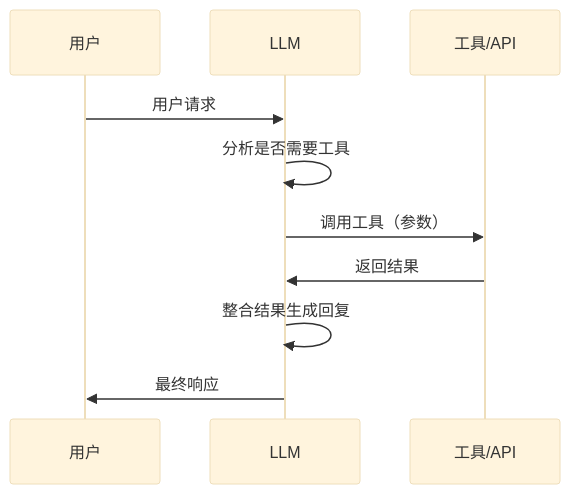
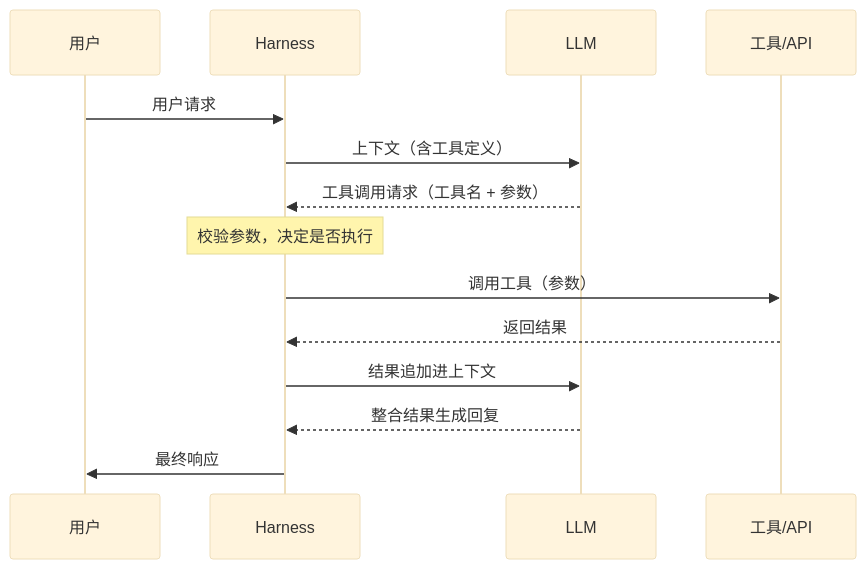
Before and after one commit to yeasy/ai_security_guide: the first of 5 diagrams in 12_agent_attack_surface/12.1_tool_security.md, drawn with Mermaid (base theme). The commit also changed other lines of this file and 29 other files, not shown here.

````diff
--- a/12_agent_attack_surface/12.1_tool_security.md
+++ b/12_agent_attack_surface/12.1_tool_security.md
@@ -10,13 +10,17 @@
 ```mermaid
 sequenceDiagram
     participant U as 用户
+    participant H as Harness
     participant L as LLM
     participant T as 工具/API
 
-    U->>L: 用户请求
-    L->>L: 分析是否需要工具
-    L->>T: 调用工具（参数）
-    T->>L: 返回结果
-    L->>L: 整合结果生成回复
-    L->>U: 最终响应
+    U->>H: 用户请求
+    H->>L: 上下文（含工具定义）
+    L-->>H: 工具调用请求（工具名 + 参数）
+    Note over H: 校验参数，决定是否执行
+    H->>T: 调用工具（参数）
+    T-->>H: 返回结果
+    H->>L: 结果追加进上下文
+    L-->>H: 整合结果生成回复
+    H->>U: 最终响应
 ```
````
